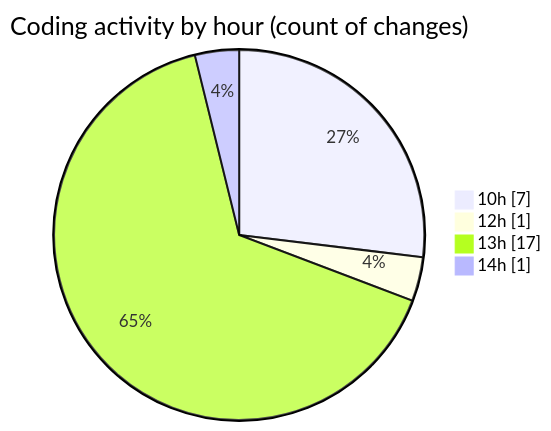
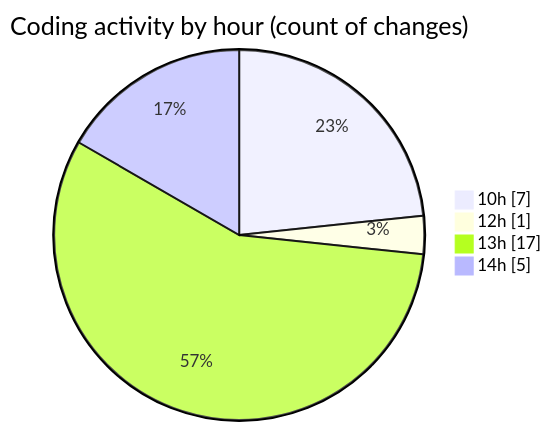
Before and after one commit to LanceThiago/code-tracking: the second of 2 diagrams in 2025-01-14/oficina/README.md, drawn with Mermaid. The commit also changed other lines of this file and 1 other file, not shown here.

````diff
--- a/2025-01-14/oficina/README.md
+++ b/2025-01-14/oficina/README.md
@@ -31,8 +31,8 @@
 ```mermaid
 pie showData
 title Coding activity by hour (count of changes)
 "10h" : 7
 "12h" : 1
 "13h" : 17
-"14h" : 1
+"14h" : 5
 ```
````
